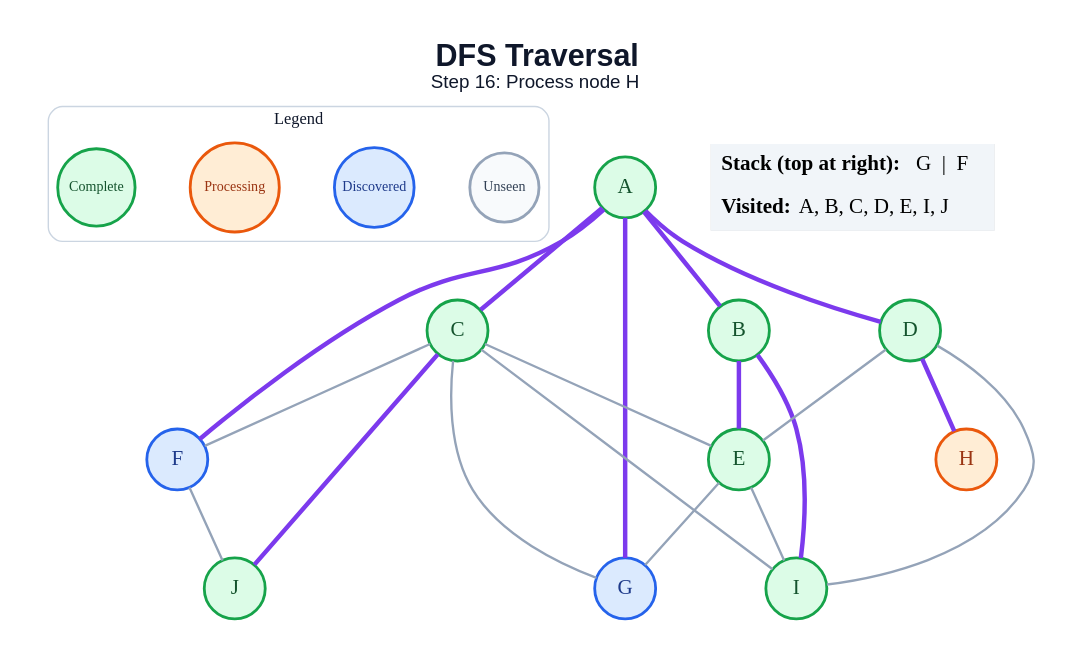
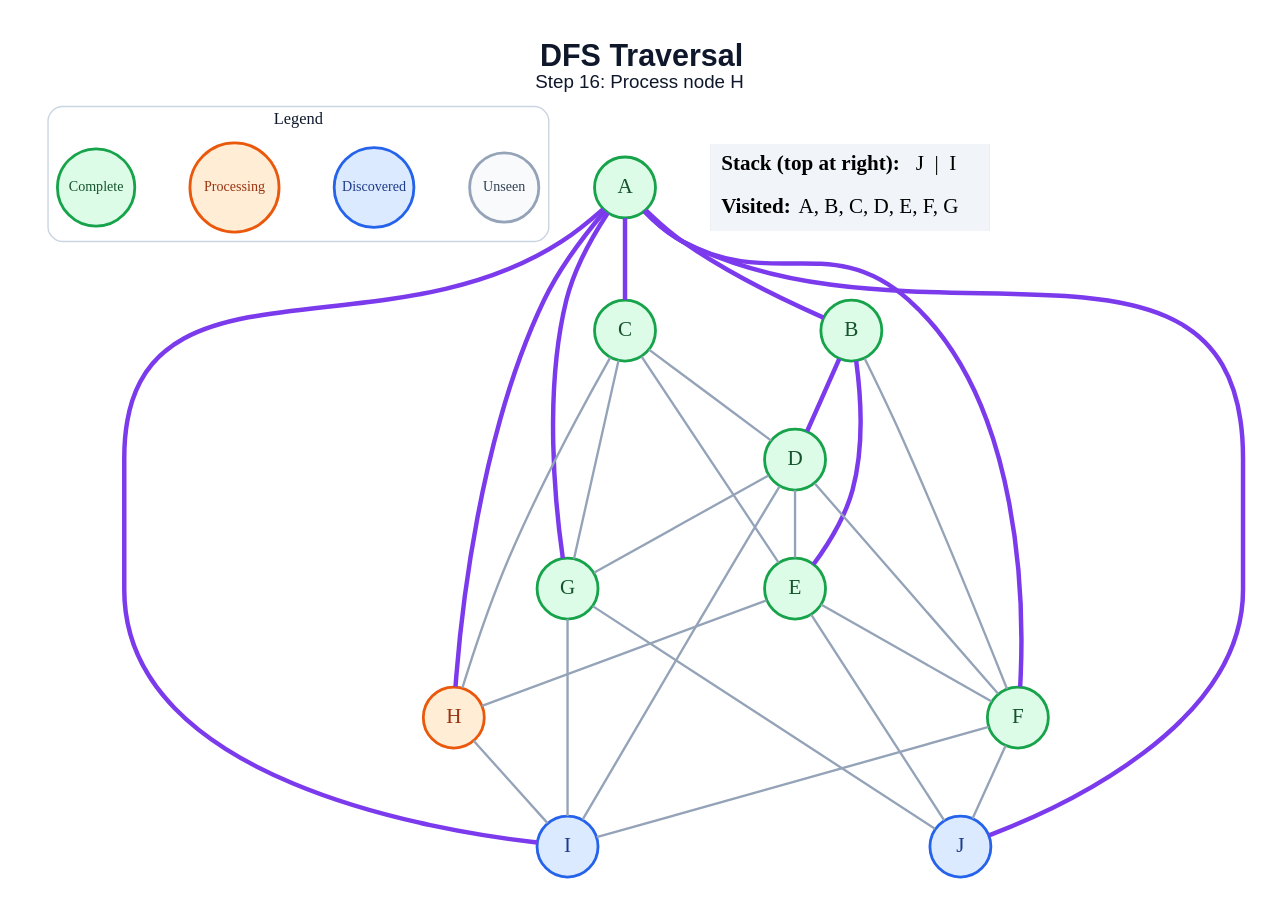
Before and after one commit to anon7238593-create/ai-slop: the diagram in generated/dfs/step_16.dot, drawn with Graphviz. The commit also changed 178 other files, not shown here.

```diff
--- a/generated/dfs/step_16.dot
+++ b/generated/dfs/step_16.dot
@@ -1,47 +1,55 @@
 graph traversal {
   graph [layout=dot, rankdir=TB, bgcolor="#FFFFFF", pad="0.35", nodesep="0.65", ranksep="0.8", fontname="Arial"];
   node [shape=circle, style="filled", fontname="Arial Bold", fontsize=18, width=0.72, fixedsize=true, penwidth=2.4];
   edge [color="#94A3B8", penwidth=2.0];
   label=<<B>DFS Traversal</B><BR/><FONT POINT-SIZE="16">Step 16: Process node H</FONT>>; labelloc="t"; fontsize=26; fontname="Arial"; fontcolor="#0F172A";
   subgraph cluster_legend { label="Legend"; color="#CBD5E1"; penwidth=1.2; style="rounded"; fontsize=14; fontname="Arial Bold";
     key_unseen [label="Unseen", fillcolor="#F8FAFC", color="#94A3B8", fontcolor="#334155", fontsize=12, width=0.82];
     key_frontier [label="Discovered", fillcolor="#DBEAFE", color="#2563EB", fontcolor="#1E3A8A", fontsize=12, width=0.95];
     key_current [label="Processing", fillcolor="#FFEDD5", color="#EA580C", fontcolor="#9A3412", fontsize=12, width=1.05];
     key_done [label="Complete", fillcolor="#DCFCE7", color="#16A34A", fontcolor="#14532D", fontsize=12, width=0.92];
     { rank=same; key_unseen; key_frontier; key_current; key_done; }
   }
   A [fillcolor="#DCFCE7", color="#16A34A", fontcolor="#14532D"];
   B [fillcolor="#DCFCE7", color="#16A34A", fontcolor="#14532D"];
   C [fillcolor="#DCFCE7", color="#16A34A", fontcolor="#14532D"];
   D [fillcolor="#DCFCE7", color="#16A34A", fontcolor="#14532D"];
   E [fillcolor="#DCFCE7", color="#16A34A", fontcolor="#14532D"];
-  F [fillcolor="#DBEAFE", color="#2563EB", fontcolor="#1E3A8A"];
-  G [fillcolor="#DBEAFE", color="#2563EB", fontcolor="#1E3A8A"];
+  F [fillcolor="#DCFCE7", color="#16A34A", fontcolor="#14532D"];
+  G [fillcolor="#DCFCE7", color="#16A34A", fontcolor="#14532D"];
   H [fillcolor="#FFEDD5", color="#EA580C", fontcolor="#9A3412"];
-  I [fillcolor="#DCFCE7", color="#16A34A", fontcolor="#14532D"];
-  J [fillcolor="#DCFCE7", color="#16A34A", fontcolor="#14532D"];
+  I [fillcolor="#DBEAFE", color="#2563EB", fontcolor="#1E3A8A"];
+  J [fillcolor="#DBEAFE", color="#2563EB", fontcolor="#1E3A8A"];
   A -- B [color="#7C3AED", penwidth=3.8];
   A -- C [color="#7C3AED", penwidth=3.8];
-  A -- D [color="#7C3AED", penwidth=3.8];
   A -- F [color="#7C3AED", penwidth=3.8];
   A -- G [color="#7C3AED", penwidth=3.8];
+  A -- H [color="#7C3AED", penwidth=3.8];
+  A -- I [color="#7C3AED", penwidth=3.8];
+  A -- J [color="#7C3AED", penwidth=3.8];
+  B -- D [color="#7C3AED", penwidth=3.8];
   B -- E [color="#7C3AED", penwidth=3.8];
-  B -- I [color="#7C3AED", penwidth=3.8];
+  B -- F;
+  C -- D;
   C -- E;
-  C -- F;
   C -- G;
-  C -- I;
-  C -- J [color="#7C3AED", penwidth=3.8];
+  C -- H;
   D -- E;
-  D -- H [color="#7C3AED", penwidth=3.8];
+  D -- F;
+  D -- G;
   D -- I;
-  E -- G;
-  E -- I;
+  E -- F;
+  E -- H;
+  E -- J;
+  F -- I;
   F -- J;
+  G -- I;
+  G -- J;
+  H -- I;
   status [shape=plain, fixedsize=false, width=0, height=0, margin=0, label=<
     <TABLE BORDER="0" CELLBORDER="0" CELLPADDING="7" BGCOLOR="#F1F5F9">
-      <TR><TD ALIGN="LEFT"><B>Stack (top at right):</B> G  |  F</TD></TR>
-      <TR><TD ALIGN="LEFT"><B>Visited:</B> A, B, C, D, E, I, J</TD></TR>
+      <TR><TD ALIGN="LEFT"><B>Stack (top at right):</B> J  |  I</TD></TR>
+      <TR><TD ALIGN="LEFT"><B>Visited:</B> A, B, C, D, E, F, G</TD></TR>
     </TABLE>
   >];
 }
```
